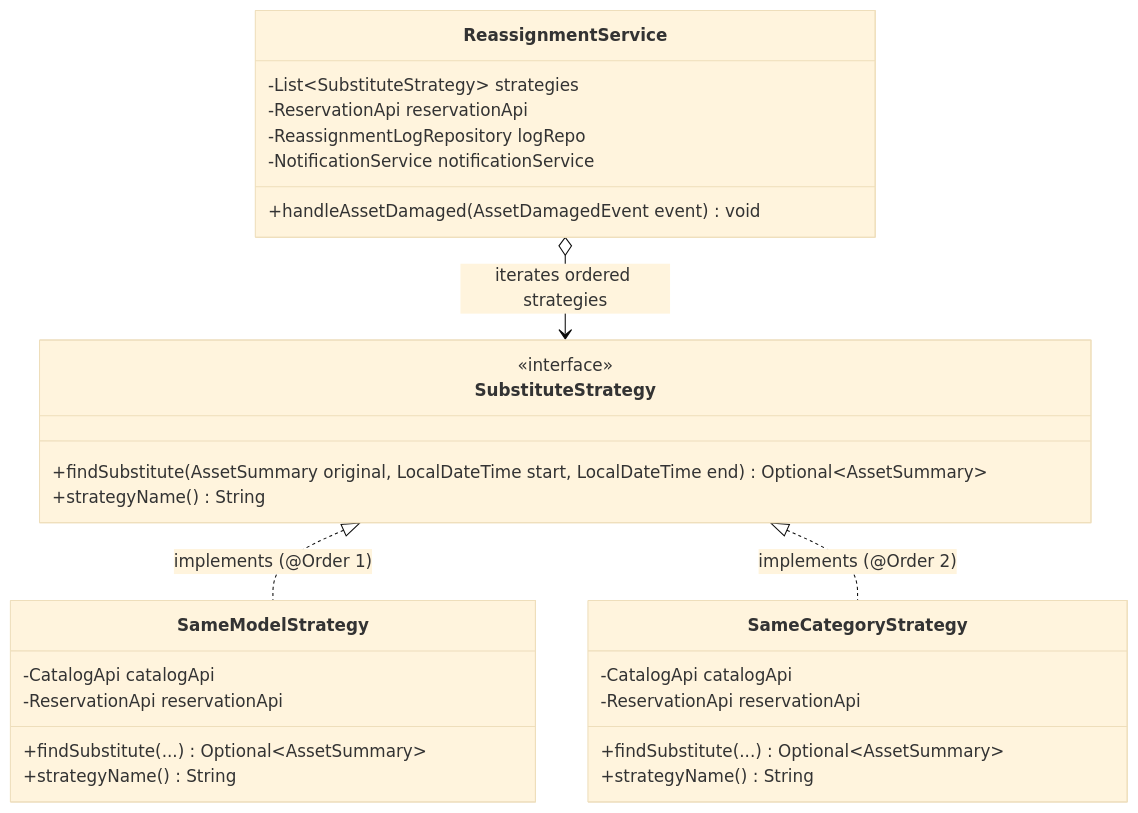
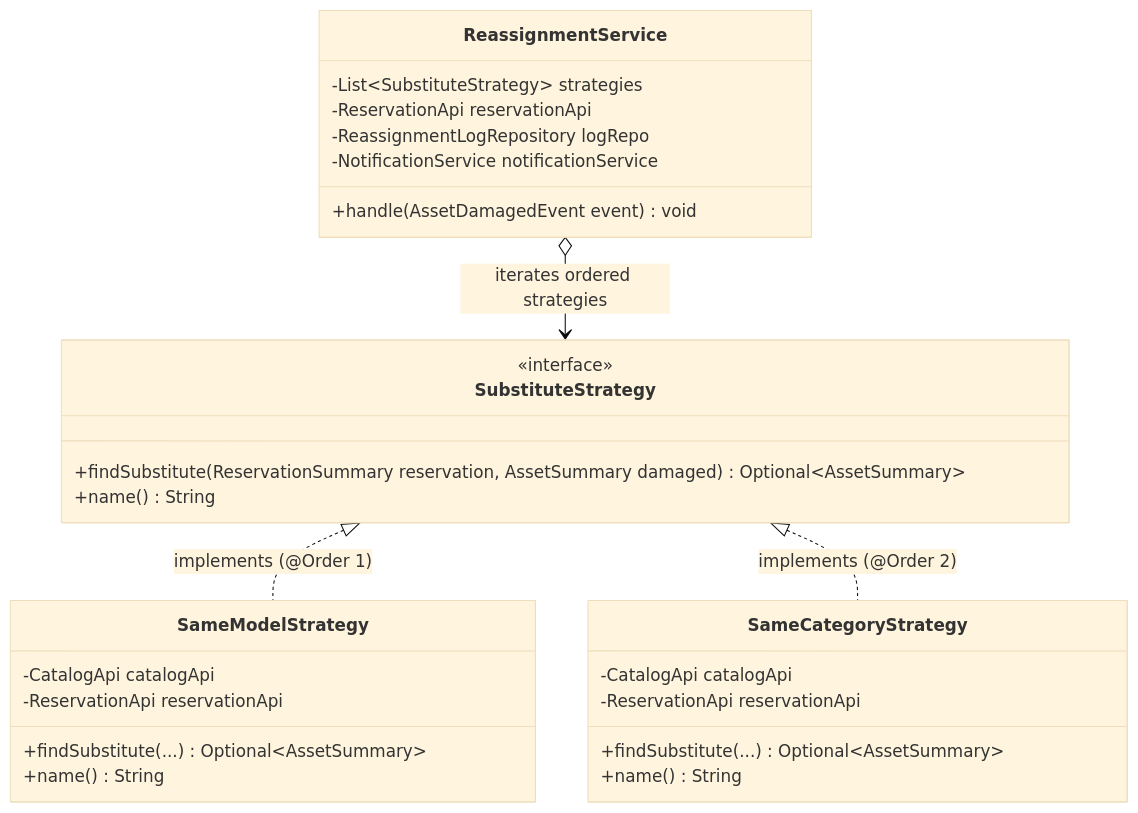
One commit to FundamenteleInginerieiSoftware/campus-hub changed the diagram in documentation/Murariu_Calin/11-strategy-pattern-design.md. Above: the diagram before and after it, drawn with Mermaid (base theme). The commit also changed other lines of this file and 3 other files, not shown here.

Commit message:
docs: align diagrams, test plan, and strategy pattern doc with code

````diff
--- a/documentation/Murariu_Calin/11-strategy-pattern-design.md
+++ b/documentation/Murariu_Calin/11-strategy-pattern-design.md
@@ -38,34 +38,34 @@
 ```mermaid
 classDiagram
     class SubstituteStrategy {
         <<interface>>
-        +findSubstitute(AssetSummary original, LocalDateTime start, LocalDateTime end) Optional~AssetSummary~
-        +strategyName() String
+        +findSubstitute(ReservationSummary reservation, AssetSummary damaged) Optional~AssetSummary~
+        +name() String
     }
 
     class SameModelStrategy {
         -CatalogApi catalogApi
         -ReservationApi reservationApi
         +findSubstitute(...) Optional~AssetSummary~
-        +strategyName() String
+        +name() String
     }
 
     class SameCategoryStrategy {
         -CatalogApi catalogApi
         -ReservationApi reservationApi
         +findSubstitute(...) Optional~AssetSummary~
-        +strategyName() String
+        +name() String
     }
 
     class ReassignmentService {
         -List~SubstituteStrategy~ strategies
         -ReservationApi reservationApi
         -ReassignmentLogRepository logRepo
         -NotificationService notificationService
-        +handleAssetDamaged(AssetDamagedEvent event) void
+        +handle(AssetDamagedEvent event) void
     }
 
     SubstituteStrategy <|.. SameModelStrategy : implements (@Order 1)
     SubstituteStrategy <|.. SameCategoryStrategy : implements (@Order 2)
     ReassignmentService o--> SubstituteStrategy : iterates ordered strategies
 ```
````
